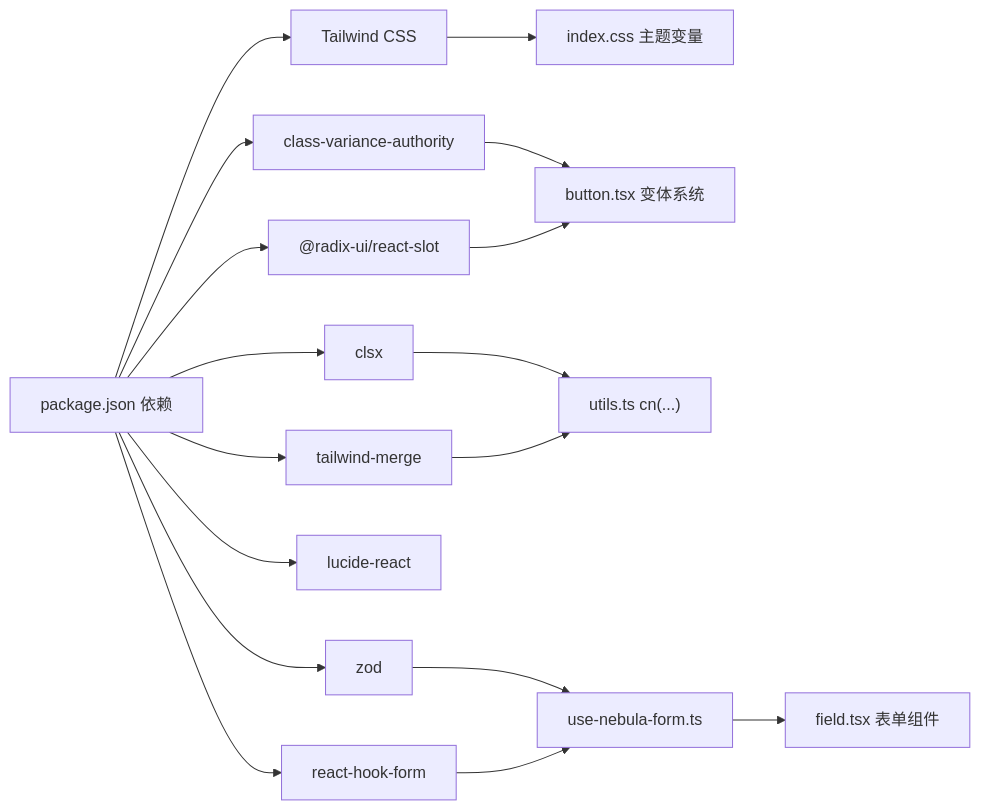
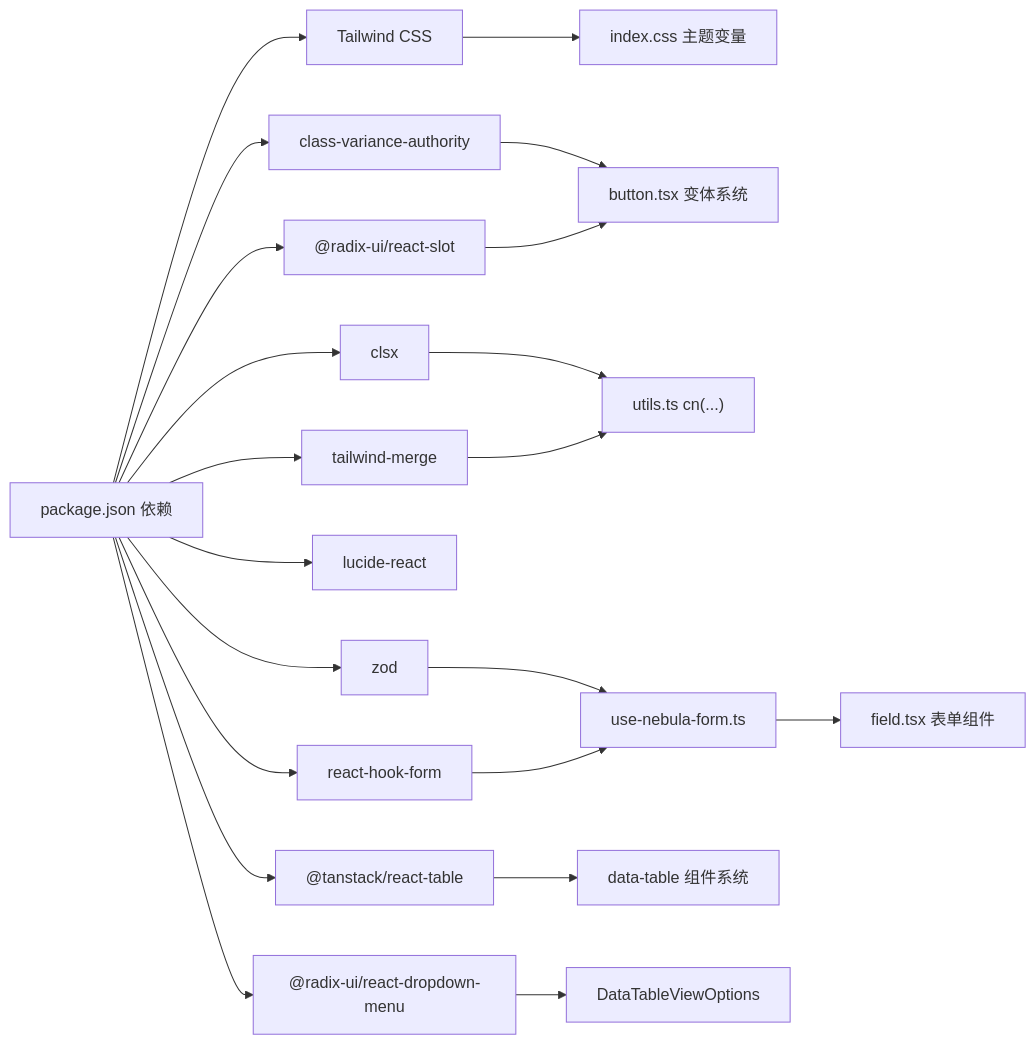
Diagram 16 of 16 in .qoder/repowiki/zh/content/前端系统/UI 组件库/UI 组件库.md (translateServers/nodes-stack), drawn with Mermaid before and after one commit. The commit also changed other lines of this file and 9 other files, not shown here.

````diff
--- a/.qoder/repowiki/zh/content/前端系统/UI 组件库/UI 组件库.md
+++ b/.qoder/repowiki/zh/content/前端系统/UI 组件库/UI 组件库.md
@@ -738,19 +963,23 @@
 ```mermaid
 graph LR
 PKG["package.json 依赖"] --> TWCSS["Tailwind CSS"]
 PKG --> CVA["class-variance-authority"]
 PKG --> CLSX["clsx"]
 PKG --> TM["tailwind-merge"]
 PKG --> RADIX["@radix-ui/react-slot"]
 PKG --> LUCIDE["lucide-react"]
 PKG --> ZOD["zod"]
 PKG --> RHF["react-hook-form"]
+PKG --> TSTABLE["@tanstack/react-table"]
+PKG --> TSDROPDOWN["@radix-ui/react-dropdown-menu"]
 TWCSS --> THEME["index.css 主题变量"]
 CVA --> BTN["button.tsx 变体系统"]
 RADIX --> BTN
 CLSX --> UTIL["utils.ts cn(...)"]
 TM --> UTIL
 ZOD --> USEFORM["use-nebula-form.ts"]
 RHF --> USEFORM
 USEFORM --> FIELD["field.tsx 表单组件"]
+TSTABLE --> DT["data-table 组件系统"]
+TSDROPDOWN --> DTVIEW["DataTableViewOptions"]
 ```
````
